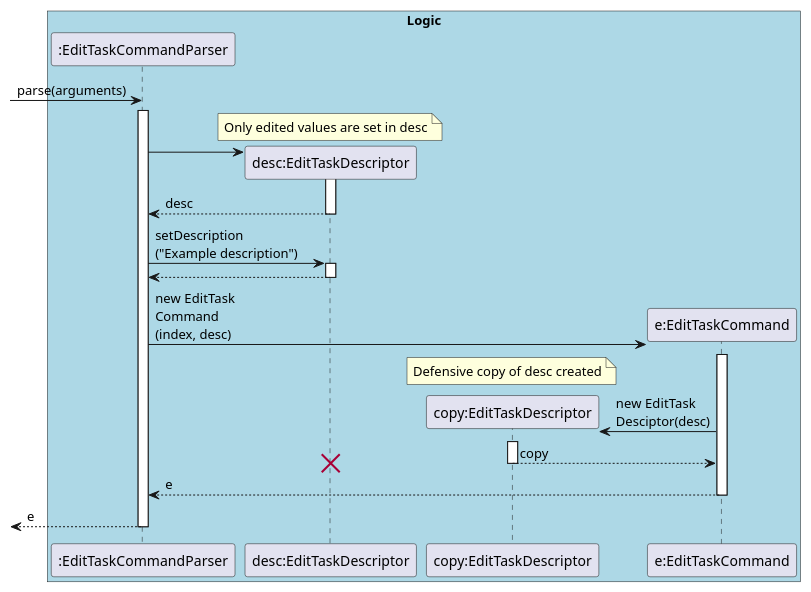
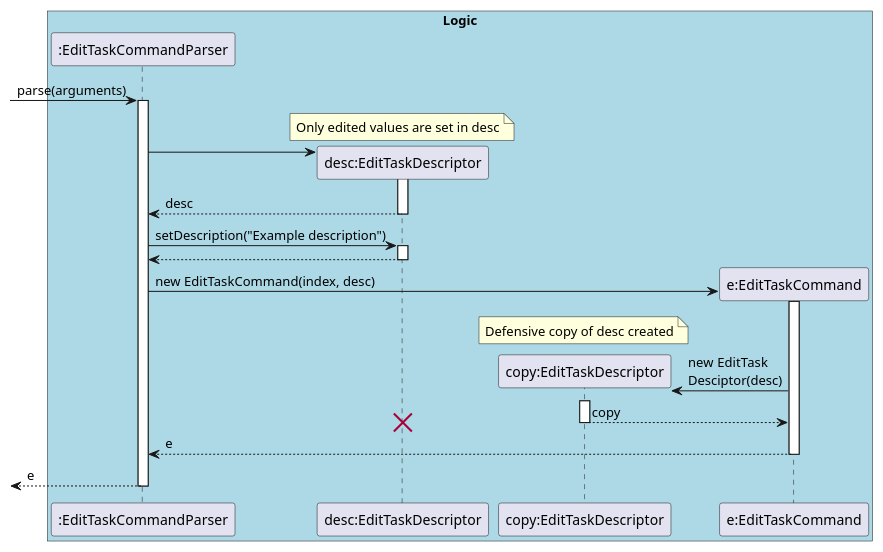
One commit to nus-cs2103-AY2122S1/tp changed the diagram in docs/diagrams/EditTaskCommandParse.puml. Above: the diagram before and after it, drawn with PlantUML. The commit also changed 1 other file, not shown here.

Commit message:
Fix uml diagram

```diff
--- a/docs/diagrams/EditTaskCommandParse.puml
+++ b/docs/diagrams/EditTaskCommandParse.puml
@@ -1,38 +1,39 @@
 @startuml
 autoactivate on
 box "Logic" #LightBlue
 participant ":EditTaskCommandParser" as ETCP
 participant "desc:EditTaskDescriptor" as ed
 participant "copy:EditTaskDescriptor" as copy
 participant "e:EditTaskCommand" as e
 end box
 
-[-> ETCP ** : parse(arguments)
+
+[-> ETCP : parse(arguments)
 
 
 
 note over ed
 Only edited values are set in desc
 end note
 
-activate ETCP
+
 ETCP -> ed ** :
 activate ed
 return desc
-ETCP -> ed ++: setDescription\n("Example description")
+ETCP -> ed ++: setDescription("Example description")
 return
 
-ETCP -> e ** : new EditTask\nCommand\n(index, desc)
+ETCP -> e ** : new EditTaskCommand(index, desc)
 activate e
 
 note over copy
 Defensive copy of desc created
 end note
 e -> copy ** : new EditTask\nDesciptor(desc)
 activate copy
 return copy
 destroy ed
 
 return e
 return e
 @enduml
```
